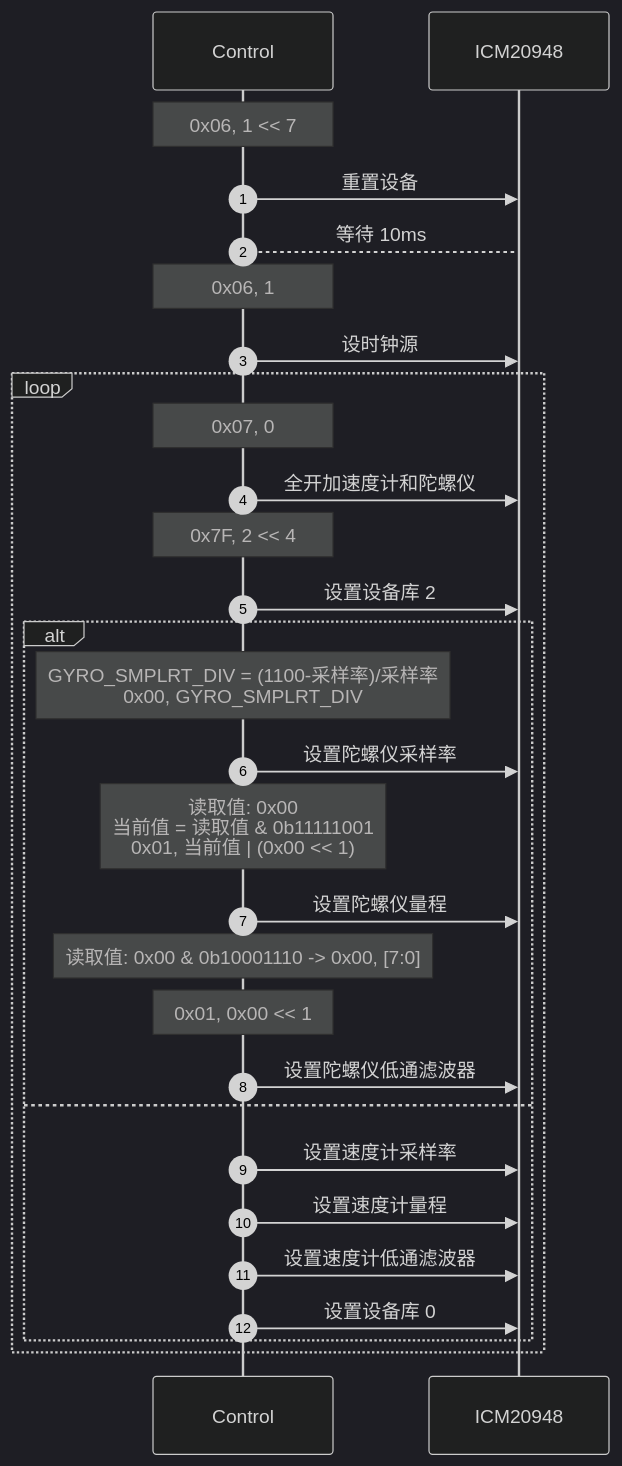
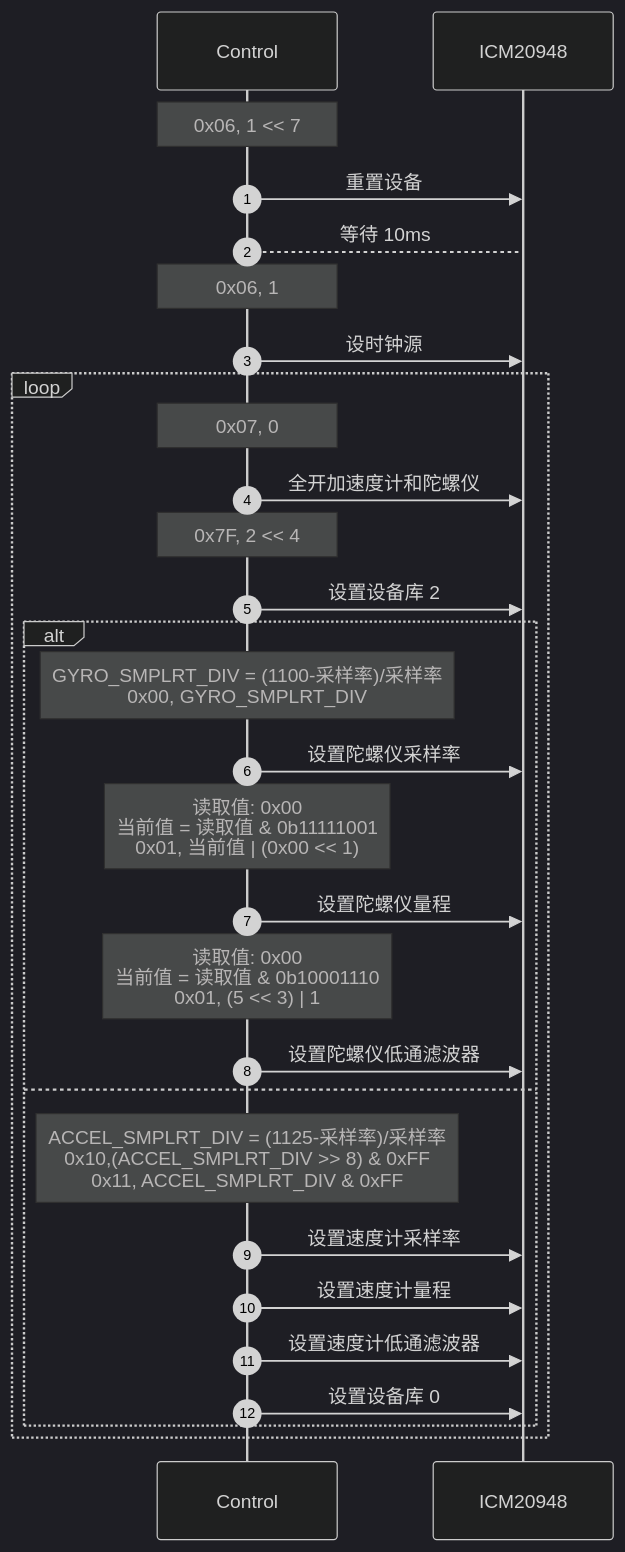
The second of 3 diagrams in _posts/2025-04-06-mdchart.md (hkdickyko/hkdickyko.github.io), drawn with Mermaid (dark theme) before and after one commit. The commit also changed other lines of this file, not shown here.

```diff
--- a/_posts/2025-04-06-mdchart.md
+++ b/_posts/2025-04-06-mdchart.md
@@ -145,31 +146,31 @@
 <div class="mermaid">
 sequenceDiagram;
    autonumber;
    participant C as Control;
    participant I as ICM20948;
    note over C: 0x06, 1 << 7;
    C->>I: 重置设备;
    C-->I: 等待 10ms
    note over C: 0x06, 1;
    C->>I: 设时钟源;
    loop;
    note over C: 0x07, 0;
    C->>I: 全开加速度计和陀螺仪;
    note over C: 0x7F, 2 << 4;
    C->>I: 设置设备库 2;
    alt;
    note over C: GYRO_SMPLRT_DIV = (1100-采样率)/采样率<br>0x00, GYRO_SMPLRT_DIV;
    C->>I: 设置陀螺仪采样率;
    note over C: 读取值: 0x00<br>当前值 = 读取值 & 0b11111001<br>0x01, 当前值 | (0x00 << 1);
    C->>I: 设置陀螺仪量程;
-   note over C: 读取值: 0x00 & 0b10001110 -> 0x00, [7:0];
-   note over C: 0x01, 0x00 << 1;
+   note over C: 读取值: 0x00<br>当前值 = 读取值 & 0b10001110<br> 0x01, (5 << 3) | 1;
    C->>I: 设置陀螺仪低通滤波器;
    else;
+   note over C: ACCEL_SMPLRT_DIV = (1125-采样率)/采样率<br>0x10,(ACCEL_SMPLRT_DIV >> 8) & 0xFF<br>0x11, ACCEL_SMPLRT_DIV & 0xFF;   
    C->>I: 设置速度计采样率;
    C->>I: 设置速度计量程;
    C->>I: 设置速度计低通滤波器;
    C->>I: 设置设备库 0;
    end
    end
 </div>
```
